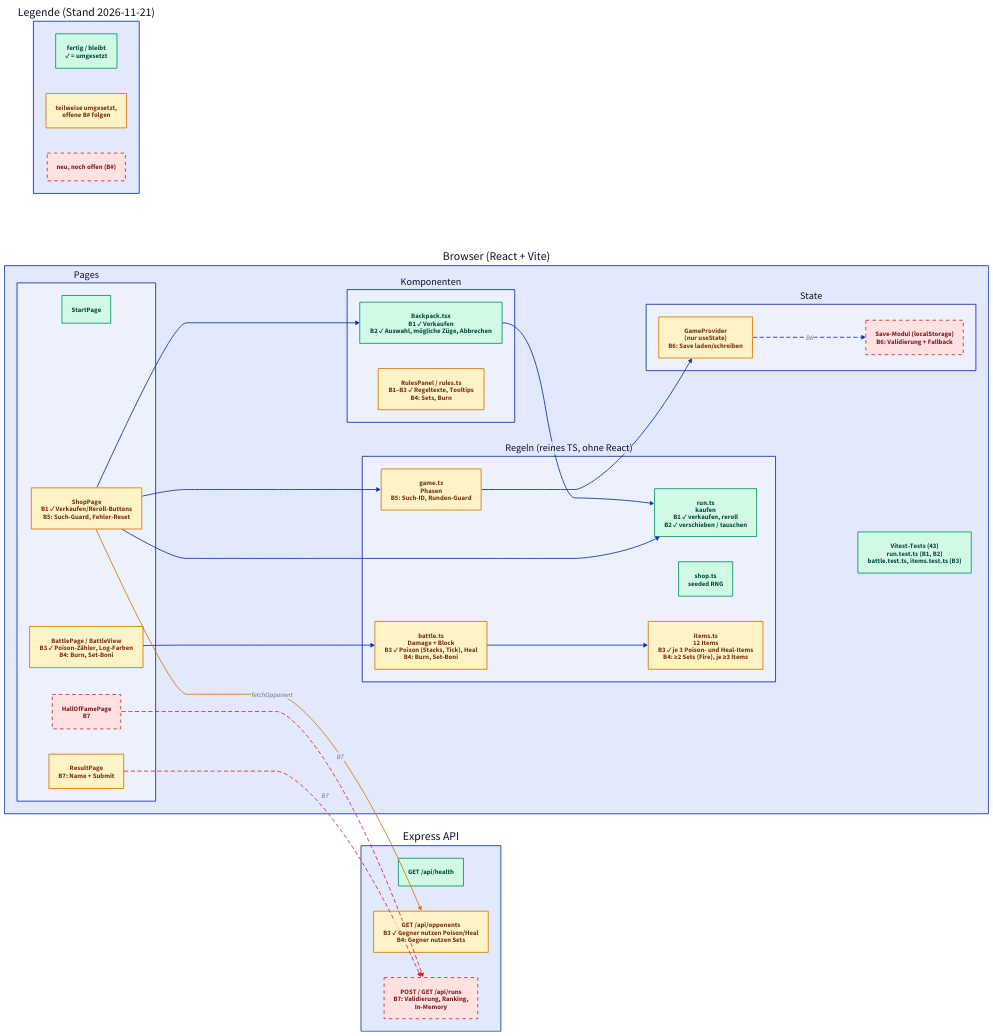
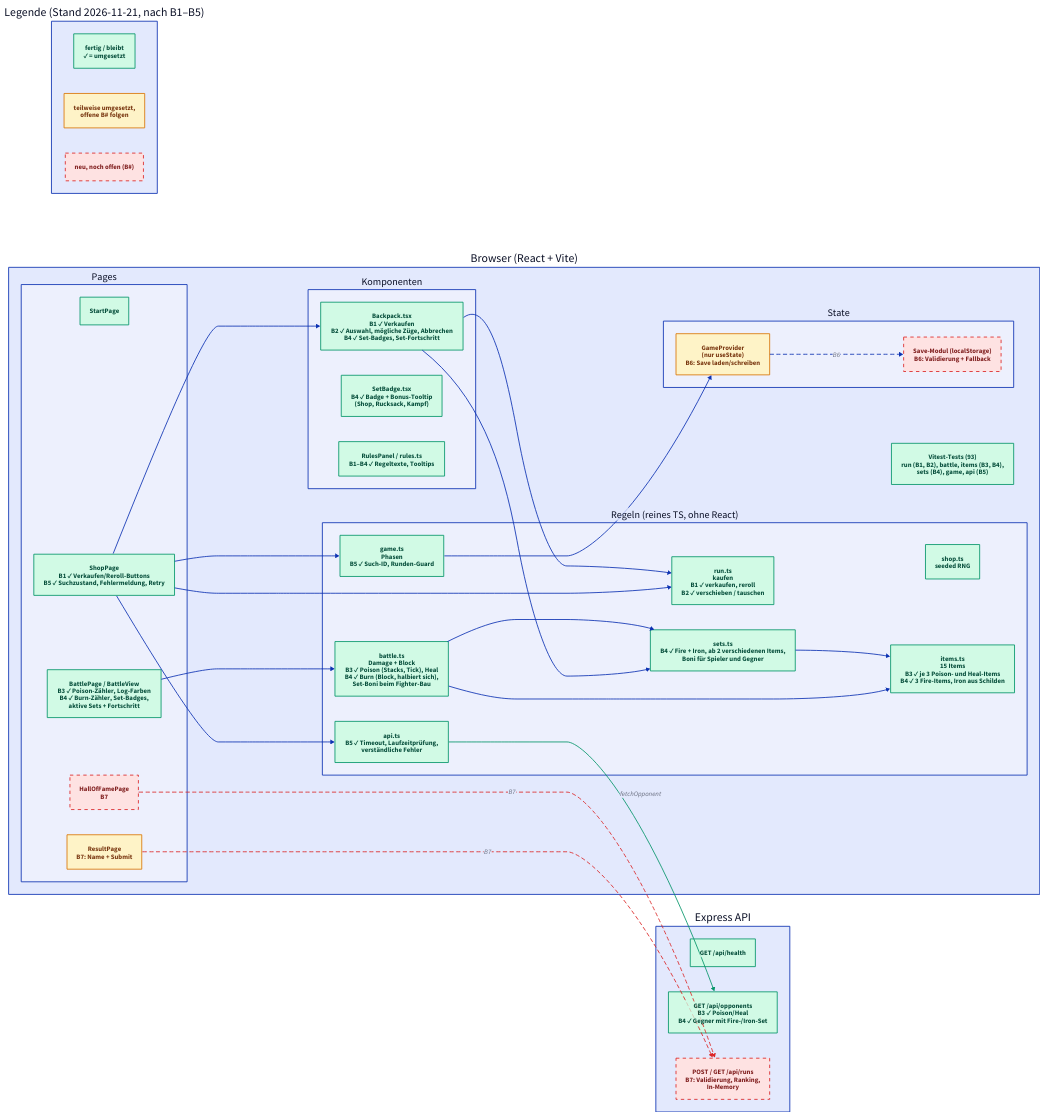
The diagram in docs/diagrams/status.d2 (Roman0-5/backpack-brawl-MaRo), drawn with D2 before and after one commit. The commit also changed 3 other files, not shown here.

Commit message:
docs: Status und Aufteilungsdiagramm auf Stand B4 aktualiesiert

```diff
--- a/docs/diagrams/status.d2
+++ b/docs/diagrams/status.d2
@@ -1,57 +1,64 @@
 direction: right
 
 classes: {
   done: { style: { fill: "#d1fae5"; stroke: "#059669"; font-color: "#064e3b" } }
   part: { style: { fill: "#fef3c7"; stroke: "#d97706"; font-color: "#78350f" } }
   todo: { style: { fill: "#fee2e2"; stroke: "#dc2626"; font-color: "#7f1d1d"; stroke-dash: 4 } }
 }
 
-legend: "Legende (Stand 2026-11-21)" {
+legend: "Legende (Stand 2026-11-21, nach B1–B5)" {
   d: "fertig / bleibt\n✓ = umgesetzt" { class: done }
   p: "teilweise umgesetzt,\noffene B# folgen" { class: part }
   t: "neu, noch offen (B#)" { class: todo }
 }
 
 browser: Browser (React + Vite) {
   pages: Pages {
     start: StartPage { class: done }
-    shop: "ShopPage\nB1 ✓ Verkaufen/Reroll-Buttons\nB5: Such-Guard, Fehler-Reset" { class: part }
-    battle: "BattlePage / BattleView\nB3 ✓ Poison-Zähler, Log-Farben\nB4: Burn, Set-Boni" { class: part }
+    shop: "ShopPage\nB1 ✓ Verkaufen/Reroll-Buttons\nB5 ✓ Suchzustand, Fehlermeldung, Retry" { class: done }
+    battle: "BattlePage / BattleView\nB3 ✓ Poison-Zähler, Log-Farben\nB4 ✓ Burn-Zähler, Set-Badges,\naktive Sets + Fortschritt" { class: done }
     result: "ResultPage\nB7: Name + Submit" { class: part }
     hof: "HallOfFamePage\nB7" { class: todo }
   }
   components: Komponenten {
-    backpack: "Backpack.tsx\nB1 ✓ Verkaufen\nB2 ✓ Auswahl, mögliche Züge, Abbrechen" { class: done }
-    rulespanel: "RulesPanel / rules.ts\nB1–B3 ✓ Regeltexte, Tooltips\nB4: Sets, Burn" { class: part }
+    backpack: "Backpack.tsx\nB1 ✓ Verkaufen\nB2 ✓ Auswahl, mögliche Züge, Abbrechen\nB4 ✓ Set-Badges, Set-Fortschritt" { class: done }
+    setbadge: "SetBadge.tsx\nB4 ✓ Badge + Bonus-Tooltip\n(Shop, Rucksack, Kampf)" { class: done }
+    rulespanel: "RulesPanel / rules.ts\nB1–B4 ✓ Regeltexte, Tooltips" { class: done }
   }
   state: State {
     provider: "GameProvider\n(nur useState)\nB6: Save laden/schreiben" { class: part }
     save: "Save-Modul (localStorage)\nB6: Validierung + Fallback" { class: todo }
   }
   rules: Regeln (reines TS, ohne React) {
     run: "run.ts\nkaufen\nB1 ✓ verkaufen, reroll\nB2 ✓ verschieben / tauschen" { class: done }
     shopts: "shop.ts\nseeded RNG" { class: done }
-    game: "game.ts\nPhasen\nB5: Such-ID, Runden-Guard" { class: part }
-    battle: "battle.ts\nDamage + Block\nB3 ✓ Poison (Stacks, Tick), Heal\nB4: Burn, Set-Boni" { class: part }
-    items: "items.ts\n12 Items\nB3 ✓ je 3 Poison- und Heal-Items\nB4: ≥2 Sets (Fire), je ≥3 Items" { class: part }
+    game: "game.ts\nPhasen\nB5 ✓ Such-ID, Runden-Guard" { class: done }
+    api: "api.ts\nB5 ✓ Timeout, Laufzeitprüfung,\nverständliche Fehler" { class: done }
+    battle: "battle.ts\nDamage + Block\nB3 ✓ Poison (Stacks, Tick), Heal\nB4 ✓ Burn (Block, halbiert sich),\nSet-Boni beim Fighter-Bau" { class: done }
+    sets: "sets.ts\nB4 ✓ Fire + Iron, ab 2 verschiedenen Items,\nBoni für Spieler und Gegner" { class: done }
+    items: "items.ts\n15 Items\nB3 ✓ je 3 Poison- und Heal-Items\nB4 ✓ 3 Fire-Items, Iron aus Schilden" { class: done }
   }
-  tests: "Vitest-Tests (43)\nrun.test.ts (B1, B2)\nbattle.test.ts, items.test.ts (B3)" { class: done }
+  tests: "Vitest-Tests (93)\nrun (B1, B2), battle, items (B3, B4),\nsets (B4), game, api (B5)" { class: done }
 }
 
 server: Express API {
   health: "GET /api/health" { class: done }
-  opp: "GET /api/opponents\nB3 ✓ Gegner nutzen Poison/Heal\nB4: Gegner nutzen Sets" { class: part }
+  opp: "GET /api/opponents\nB3 ✓ Poison/Heal\nB4 ✓ Gegner mit Fire-/Iron-Set" { class: done }
   runs: "POST / GET /api/runs\nB7: Validierung, Ranking,\nIn-Memory" { class: todo }
 }
 
 browser.pages.shop -> browser.rules.run
 browser.pages.shop -> browser.components.backpack
 browser.components.backpack -> browser.rules.run
+browser.components.backpack -> browser.rules.sets
 browser.pages.shop -> browser.rules.game
+browser.pages.shop -> browser.rules.api
 browser.pages.battle -> browser.rules.battle
+browser.rules.battle -> browser.rules.sets
 browser.rules.battle -> browser.rules.items
+browser.rules.sets -> browser.rules.items
 browser.rules.game -> browser.state.provider
 browser.state.provider -> browser.state.save: B6 { style.stroke-dash: 4 }
-browser.pages.shop -> server.opp: fetchOpponent { style.stroke: "#d97706" }
+browser.rules.api -> server.opp: fetchOpponent { style.stroke: "#059669" }
 browser.pages.result -> server.runs: B7 { style.stroke-dash: 4; style.stroke: "#dc2626" }
 browser.pages.hof -> server.runs: B7 { style.stroke-dash: 4; style.stroke: "#dc2626" }
```
